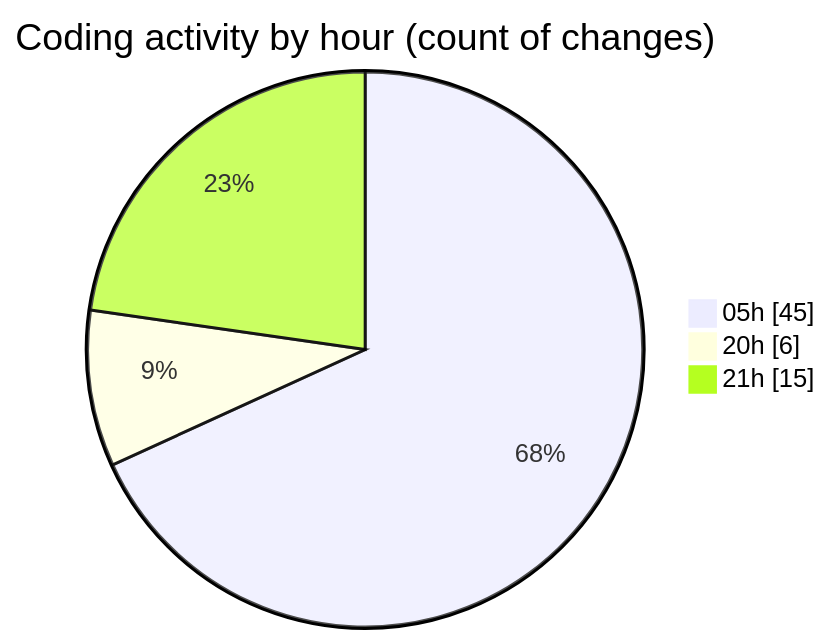
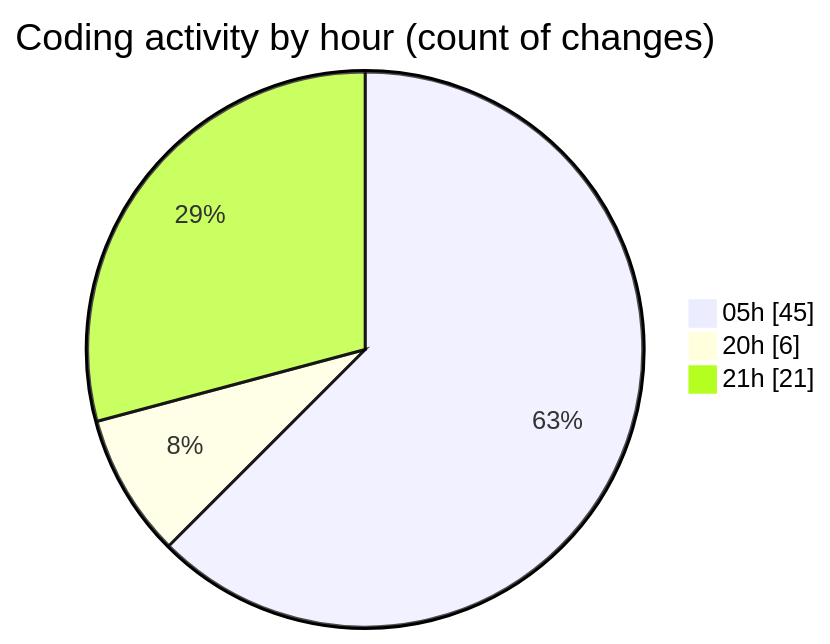
One commit to lephambinh05/code-tracking changed the second of 2 diagrams in 2025-08-05/napxuvn/README.md. Above: the diagram before and after it, drawn with Mermaid. The commit also changed other lines of this file and 1 other file, not shown here.

````diff
--- a/2025-08-05/napxuvn/README.md
+++ b/2025-08-05/napxuvn/README.md
@@ -67,7 +69,7 @@
 ```mermaid
 pie showData
 title Coding activity by hour (count of changes)
 "05h" : 45
 "20h" : 6
-"21h" : 15
+"21h" : 21
 ```
````
